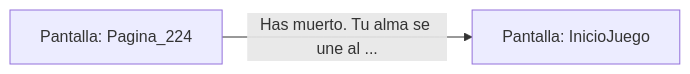
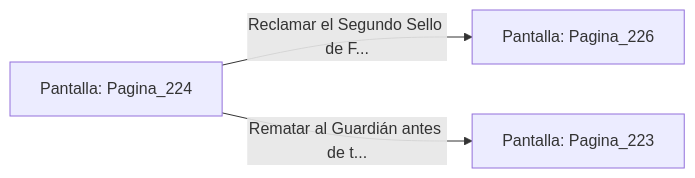
One commit to metsuke/mpl changed the diagram in sample/eligejuego-vault/Pantalla_Pagina_224.md. Above: the diagram before and after it, drawn with Mermaid. The commit also changed other lines of this file and 635 other files, not shown here.

First line of the commit message:
fix: añadir Pagina_1 como pantalla inicial en capitulo_01.mpl

````diff
--- a/sample/eligejuego-vault/Pantalla_Pagina_224.md
+++ b/sample/eligejuego-vault/Pantalla_Pagina_224.md
@@ -17,5 +22,6 @@
 ```mermaid
 graph LR
     P_Pagina_224["Pantalla: Pagina_224"]
-    P_Pagina_224 -->|"Has muerto. Tu alma se une al ..."| P_InicioJuego["Pantalla: InicioJuego"]
+    P_Pagina_224 -->|"Reclamar el Segundo Sello de F..."| P_Pagina_226["Pantalla: Pagina_226"]
+    P_Pagina_224 -->|"Rematar al Guardián antes de t..."| P_Pagina_223["Pantalla: Pagina_223"]
 ```
````
